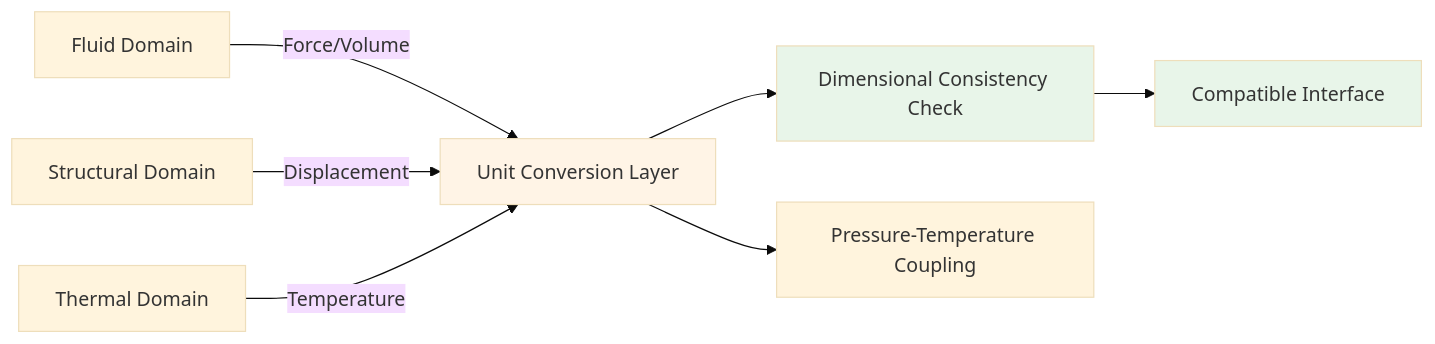
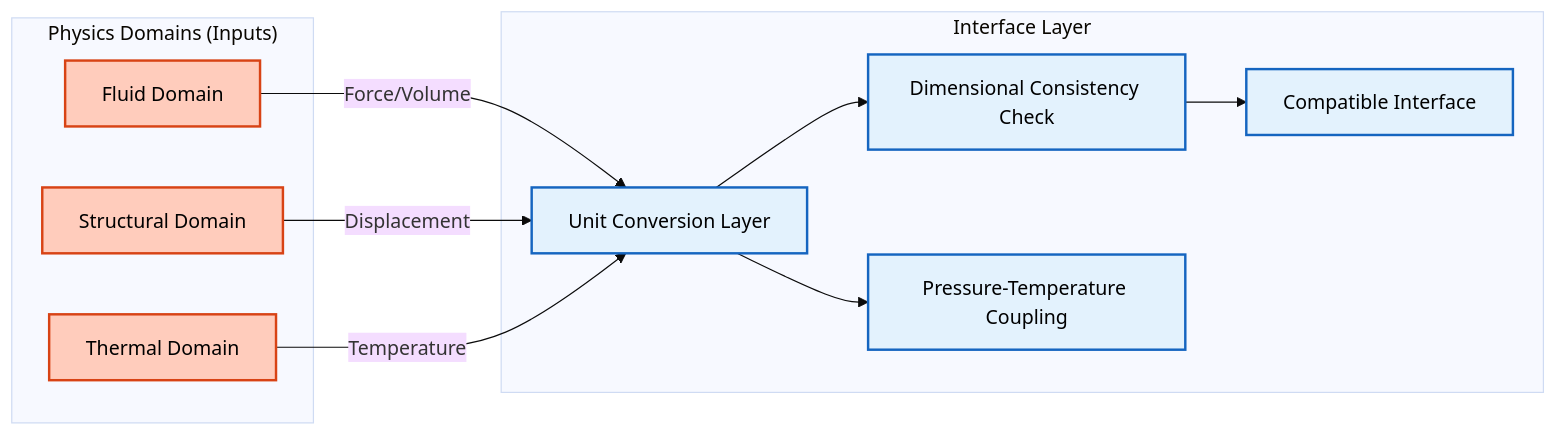
One commit to wramet/build-my-cfd changed the second of 5 diagrams in MODULE_05_OPENFOAM_PROGRAMMING/CONTENT/02_DIMENSIONED_TYPES/06_Engineering_Benefits.md. Above: the diagram before and after it, drawn with Mermaid (base theme). The commit also changed other lines of this file and 313 other files, not shown here.

Commit message:
Revise all diagram

````diff
--- a/MODULE_05_OPENFOAM_PROGRAMMING/CONTENT/02_DIMENSIONED_TYPES/06_Engineering_Benefits.md
+++ b/MODULE_05_OPENFOAM_PROGRAMMING/CONTENT/02_DIMENSIONED_TYPES/06_Engineering_Benefits.md
@@ -111,15 +121,27 @@
 ```mermaid
 flowchart LR
-    A[Fluid Domain] -->|Force/Volume| B[Unit Conversion Layer]
-    C[Structural Domain] -->|Displacement| B
+%% Classes
+classDef explicit fill:#ffccbc,stroke:#d84315,stroke-width:2px,color:#000
+classDef implicit fill:#e3f2fd,stroke:#1565c0,stroke-width:2px,color:#000
 
-    B --> D[Dimensional Consistency Check]
-    D --> E[Compatible Interface]
+subgraph Domains["Physics Domains (Inputs)"]
+    A[Fluid Domain]:::explicit
+    C[Structural Domain]:::explicit
+    F[Thermal Domain]:::explicit
+end
 
-    F[Thermal Domain] -->|Temperature| B
-    B --> G[Pressure-Temperature Coupling]
+subgraph Interface["Interface Layer"]
+    B[Unit Conversion Layer]:::implicit
+    D[Dimensional Consistency Check]:::implicit
+    E[Compatible Interface]:::implicit
+    G[Pressure-Temperature Coupling]:::implicit
+end
 
-    style B fill:#fff4e6
-    style D fill:#e8f5e9
-    style E fill:#e8f5e9
+A -->|Force/Volume| B
+C -->|Displacement| B
+F -->|Temperature| B
+
+B --> D
+D --> E
+B --> G
 ```
````
